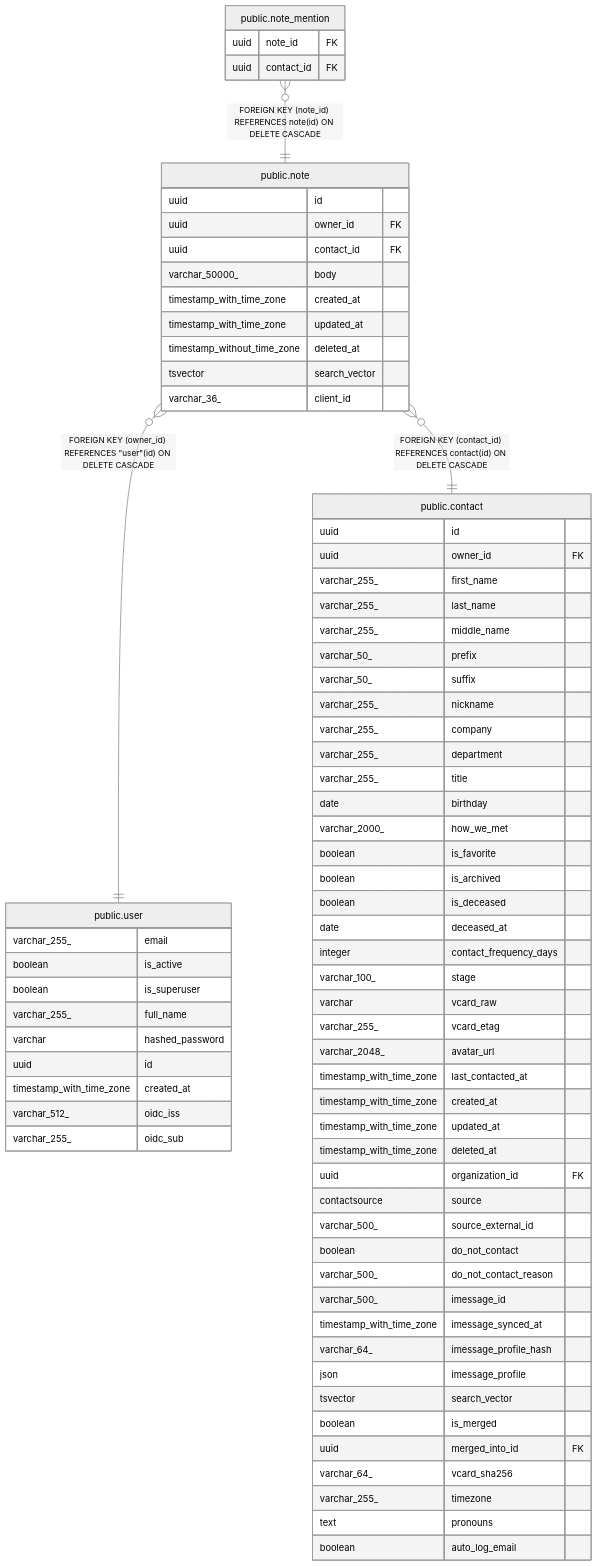
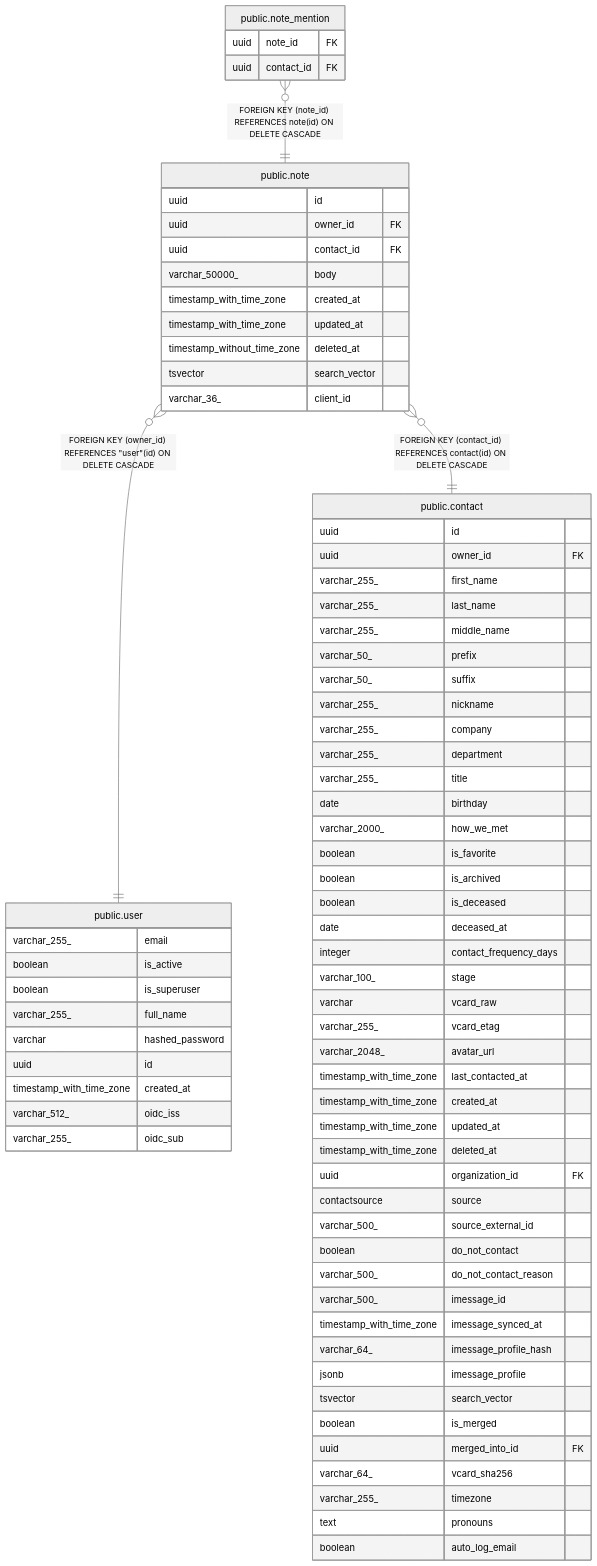
One commit to pike00/Kindred changed the diagram in docs/db/public.note.md. Above: the diagram before and after it, drawn with Mermaid (neutral theme). The commit also changed 28 other files, not shown here.

Commit message:
docs: regenerate db schema docs (tbls) — sync with live schema

````diff
--- a/docs/db/public.note.md
+++ b/docs/db/public.note.md
@@ -55,78 +55,78 @@
 ```mermaid
 erDiagram
 
 "public.note_mention" }o--|| "public.note" : "FOREIGN KEY (note_id) REFERENCES note(id) ON DELETE CASCADE"
 "public.note" }o--|| "public.user" : "FOREIGN KEY (owner_id) REFERENCES #quot;user#quot;(id) ON DELETE CASCADE"
 "public.note" }o--|| "public.contact" : "FOREIGN KEY (contact_id) REFERENCES contact(id) ON DELETE CASCADE"
 
 "public.note" {
   uuid id
   uuid owner_id FK
   uuid contact_id FK
   varchar_50000_ body
   timestamp_with_time_zone created_at
   timestamp_with_time_zone updated_at
   timestamp_without_time_zone deleted_at
   tsvector search_vector
   varchar_36_ client_id
 }
 "public.note_mention" {
   uuid note_id FK
   uuid contact_id FK
 }
 "public.user" {
   varchar_255_ email
   boolean is_active
   boolean is_superuser
   varchar_255_ full_name
   varchar hashed_password
   uuid id
   timestamp_with_time_zone created_at
   varchar_512_ oidc_iss
   varchar_255_ oidc_sub
 }
 "public.contact" {
   uuid id
   uuid owner_id FK
   varchar_255_ first_name
   varchar_255_ last_name
   varchar_255_ middle_name
   varchar_50_ prefix
   varchar_50_ suffix
   varchar_255_ nickname
   varchar_255_ company
   varchar_255_ department
   varchar_255_ title
   date birthday
   varchar_2000_ how_we_met
   boolean is_favorite
   boolean is_archived
   boolean is_deceased
   date deceased_at
   integer contact_frequency_days
   varchar_100_ stage
   varchar vcard_raw
   varchar_255_ vcard_etag
   varchar_2048_ avatar_url
   timestamp_with_time_zone last_contacted_at
   timestamp_with_time_zone created_at
   timestamp_with_time_zone updated_at
   timestamp_with_time_zone deleted_at
   uuid organization_id FK
   contactsource source
   varchar_500_ source_external_id
   boolean do_not_contact
   varchar_500_ do_not_contact_reason
   varchar_500_ imessage_id
   timestamp_with_time_zone imessage_synced_at
   varchar_64_ imessage_profile_hash
-  json imessage_profile
+  jsonb imessage_profile
   tsvector search_vector
   boolean is_merged
   uuid merged_into_id FK
   varchar_64_ vcard_sha256
   varchar_255_ timezone
   text pronouns
   boolean auto_log_email
 }
 ```
````
